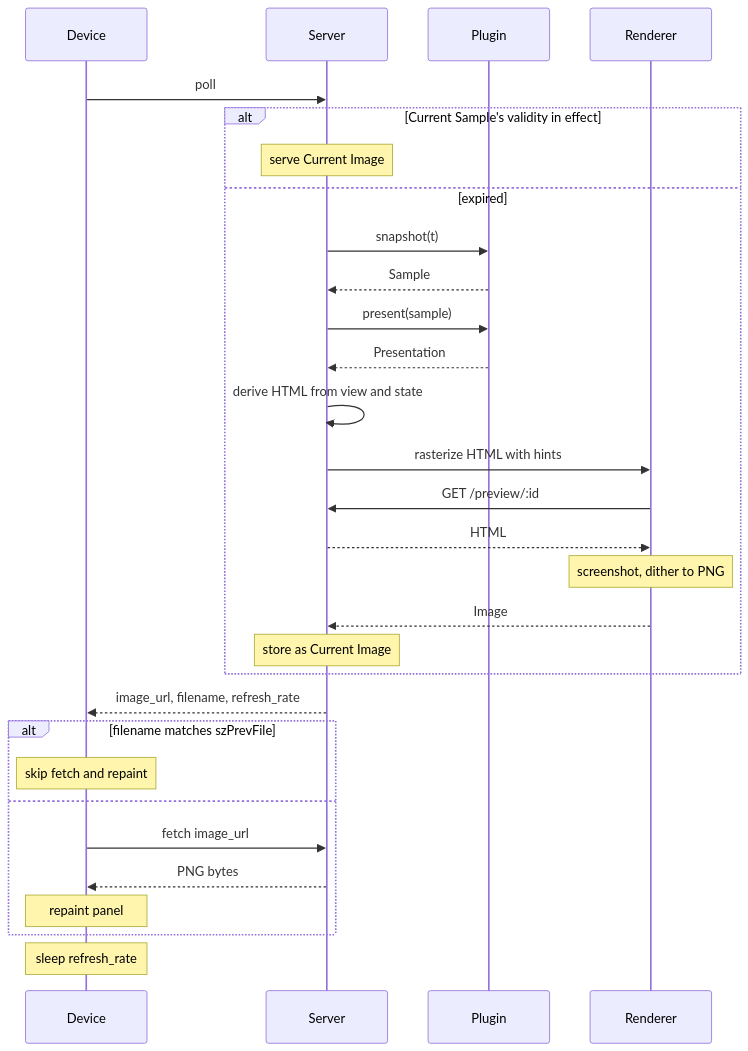
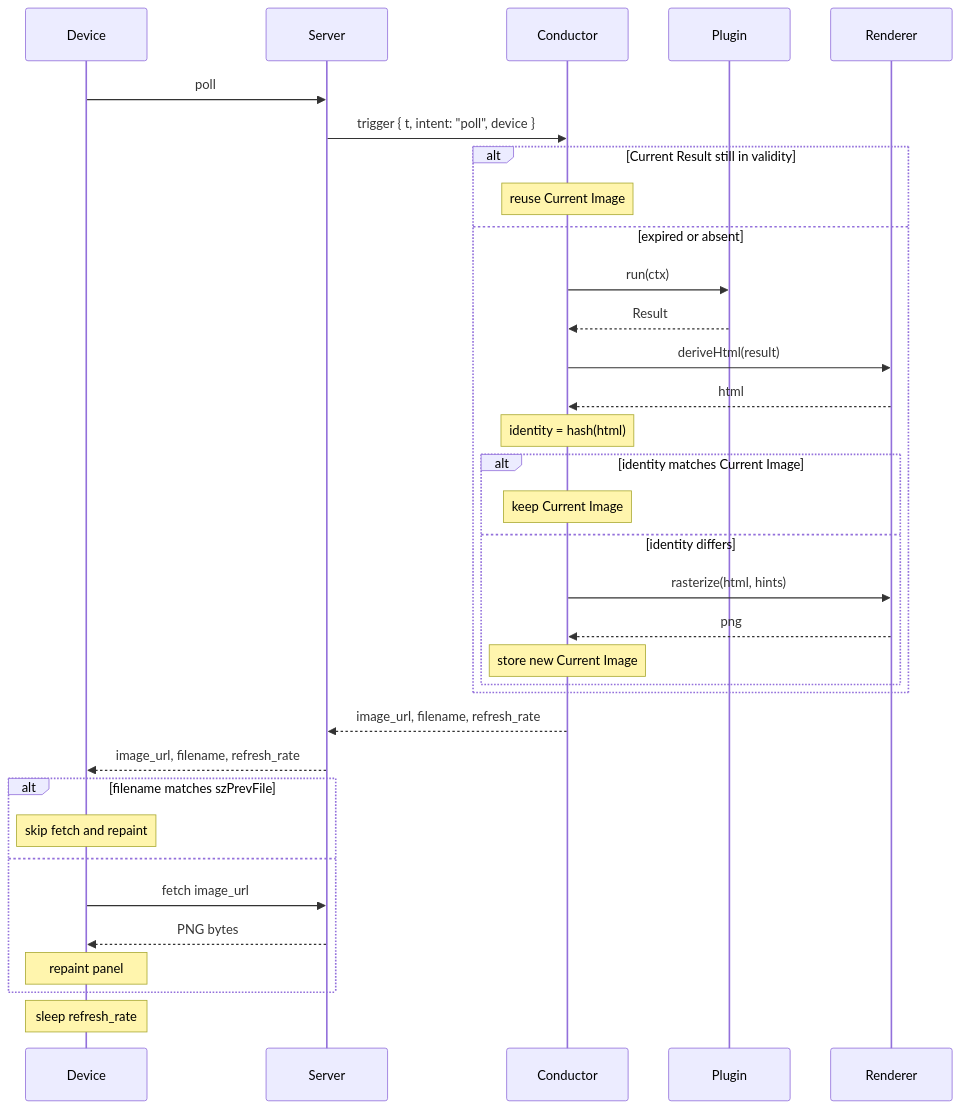
Before and after one commit to hertzg/trmnl_byos_deno: the diagram in CONTEXT.md, drawn with Mermaid. The commit also changed other lines of this file and 11 other files, not shown here.

First line of the commit message:
docs: collapse Plugin contract to run(ctx) → Result; introduce Conductor

````diff
--- a/CONTEXT.md
+++ b/CONTEXT.md
@@ -73,37 +85,41 @@
 ```mermaid
 sequenceDiagram
     participant Device
     participant Server
+    participant Conductor
     participant Plugin
     participant Renderer
 
     Device->>Server: poll
+    Server->>Conductor: trigger { t, intent: "poll", device }
 
-    alt Current Sample's validity in effect
-        Note over Server: serve Current Image
-    else expired
-        Server->>Plugin: snapshot(t)
-        Plugin-->>Server: Sample
-        Server->>Plugin: present(sample)
-        Plugin-->>Server: Presentation
-        Server->>Server: derive HTML from view and state
-        Server->>Renderer: rasterize HTML with hints
-        Renderer->>Server: GET /preview/:id
-        Server-->>Renderer: HTML
-        Note over Renderer: screenshot, dither to PNG
-        Renderer-->>Server: Image
-        Note over Server: store as Current Image
+    alt Current Result still in validity
+        Note over Conductor: reuse Current Image
+    else expired or absent
+        Conductor->>Plugin: run(ctx)
+        Plugin-->>Conductor: Result
+        Conductor->>Renderer: deriveHtml(result)
+        Renderer-->>Conductor: html
+        Note over Conductor: identity = hash(html)
+        alt identity matches Current Image
+            Note over Conductor: keep Current Image
+        else identity differs
+            Conductor->>Renderer: rasterize(html, hints)
+            Renderer-->>Conductor: png
+            Note over Conductor: store new Current Image
+        end
     end
 
+    Conductor-->>Server: image_url, filename, refresh_rate
     Server-->>Device: image_url, filename, refresh_rate
 
     alt filename matches szPrevFile
         Note over Device: skip fetch and repaint
     else
         Device->>Server: fetch image_url
         Server-->>Device: PNG bytes
         Note over Device: repaint panel
     end
 
     Note over Device: sleep refresh_rate
 ```
````
